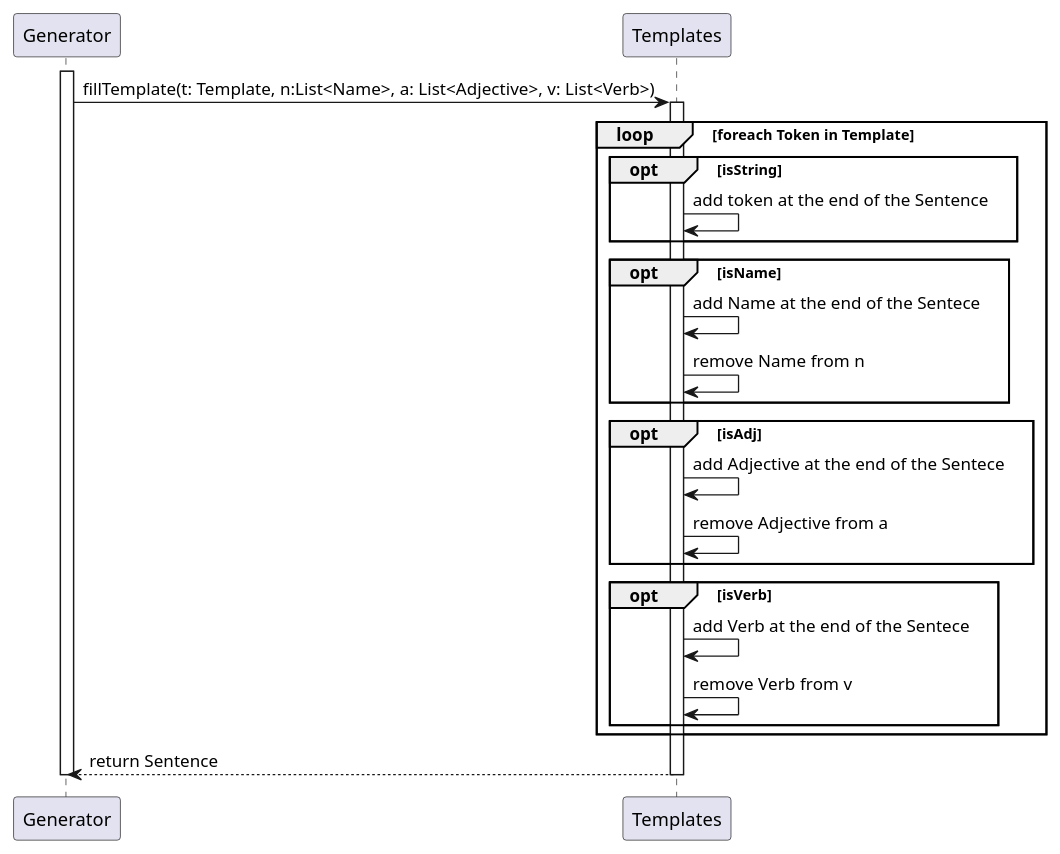
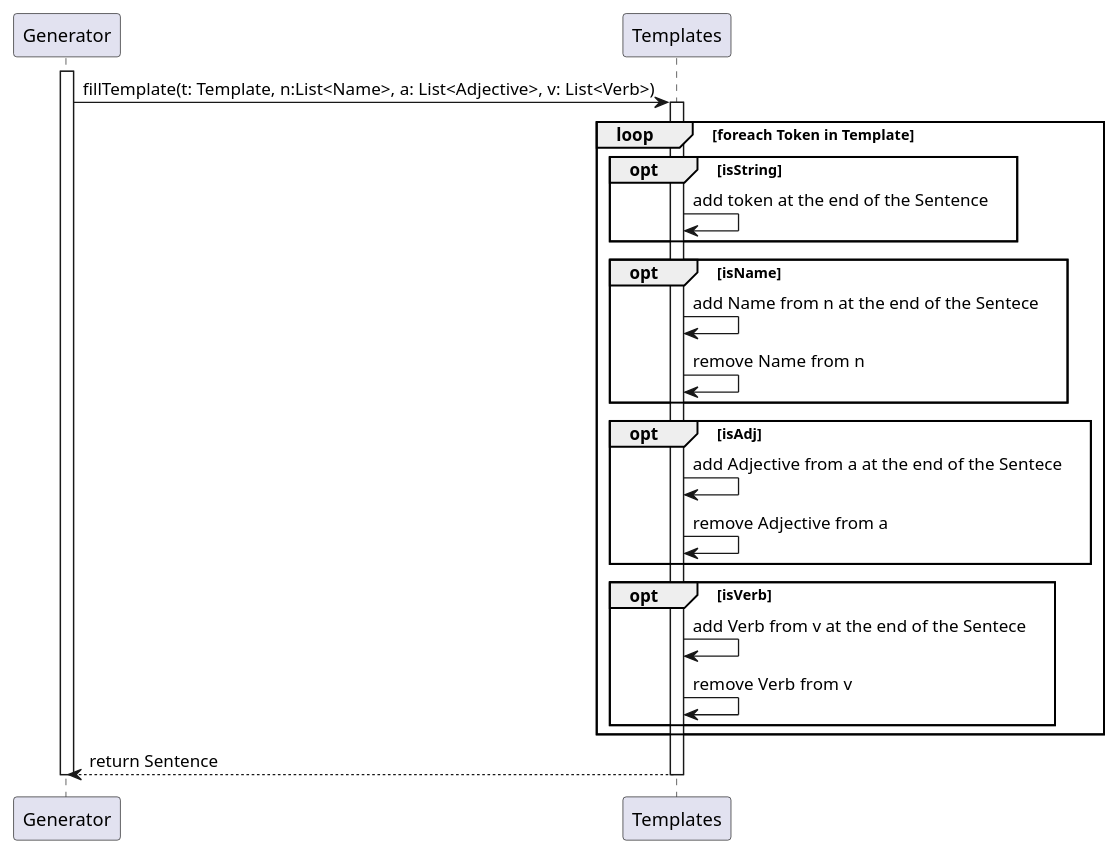
Before and after one commit to FedeRio-Biscotto/nosensegenerator: the diagram in Grafici_UML/Internal/InternalFillTemplate.puml, drawn with PlantUML.

```diff
--- a/Grafici_UML/Internal/InternalFillTemplate.puml
+++ b/Grafici_UML/Internal/InternalFillTemplate.puml
@@ -1,30 +1,30 @@
 @startuml InternalFillTemplate
 
 activate Generator
 Generator -> Templates: fillTemplate(t: Template, n:List<Name>, a: List<Adjective>, v: List<Verb>)
 activate Templates
 
 loop foreach Token in Template
     opt isString
         Templates->Templates: add token at the end of the Sentence
     end
     opt isName
-        Templates ->Templates: add Name at the end of the Sentece
+        Templates ->Templates: add Name from n at the end of the Sentece
         Templates ->Templates: remove Name from n
     end
     opt isAdj
-        Templates ->Templates: add Adjective at the end of the Sentece
+        Templates ->Templates: add Adjective from a at the end of the Sentece
         Templates ->Templates: remove Adjective from a
     end
     opt isVerb
-        Templates ->Templates: add Verb at the end of the Sentece
+        Templates ->Templates: add Verb from v at the end of the Sentece
         Templates ->Templates: remove Verb from v
     end       
 end
 
 Templates --> Generator: return Sentence 
 deactivate Templates
 
 deactivate Generator
 
 @enduml
```
